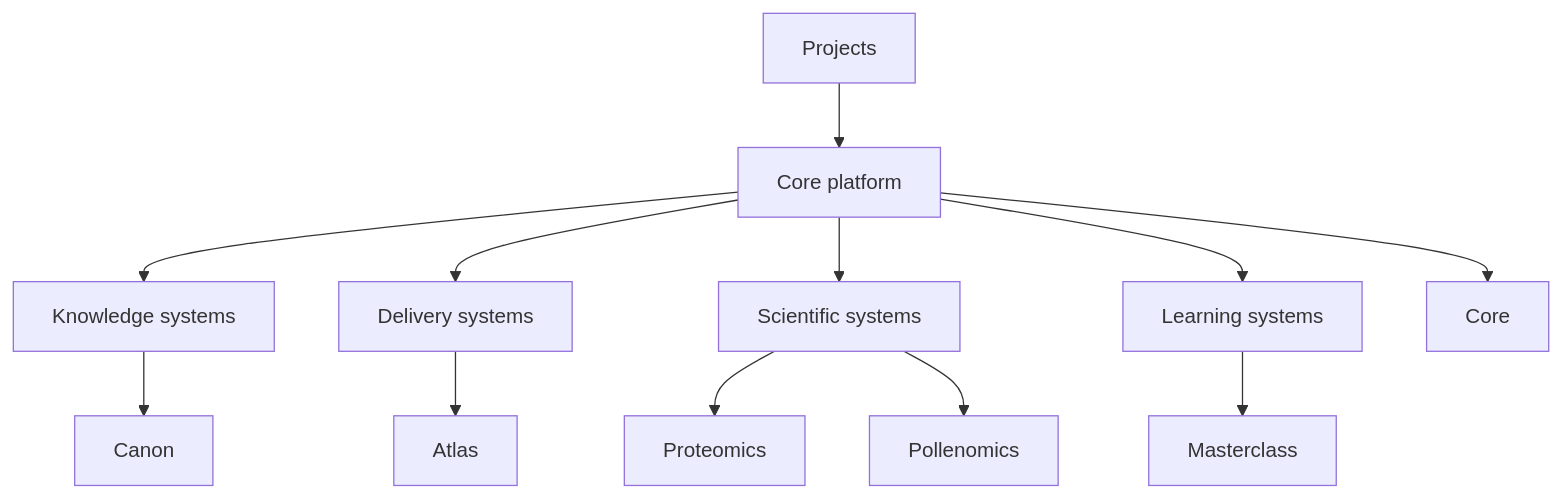
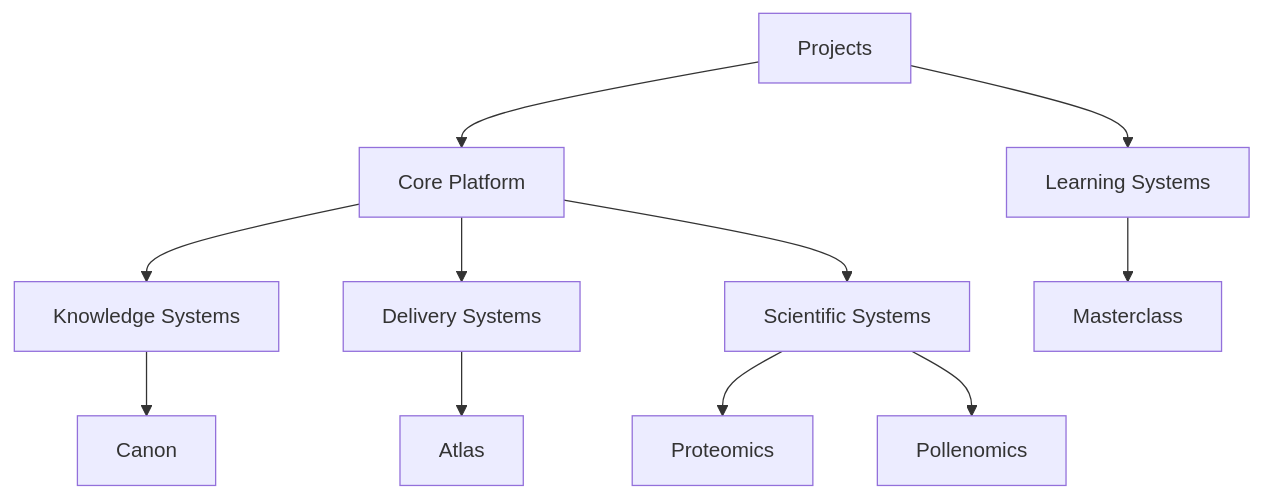
The diagram in docs/projects/index.md (bijux/bijux.github.io), drawn with Mermaid before and after one commit.

Commit message:
docs(projects): separate learning branch from core platform diagram

````diff
--- a/docs/projects/index.md
+++ b/docs/projects/index.md
@@ -18,15 +18,14 @@
 ```mermaid
 graph TD
-    projects["Projects"] --> core_platform["Core platform"]
-    core_platform --> knowledge_systems["Knowledge systems"]
-    core_platform --> delivery_systems["Delivery systems"]
-    core_platform --> scientific_systems["Scientific systems"]
-    core_platform --> learning_systems["Learning systems"]
+    projects["Projects"] --> core_platform["Core Platform"]
+    projects --> learning_systems["Learning Systems"]
+    core_platform --> knowledge_systems["Knowledge Systems"]
+    core_platform --> delivery_systems["Delivery Systems"]
+    core_platform --> scientific_systems["Scientific Systems"]
 
-    core_platform --> core["Core"]
     knowledge_systems --> canon["Canon"]
     delivery_systems --> atlas["Atlas"]
     scientific_systems --> proteomics["Proteomics"]
     scientific_systems --> pollenomics["Pollenomics"]
     learning_systems --> masterclass["Masterclass"]
 ```
````
